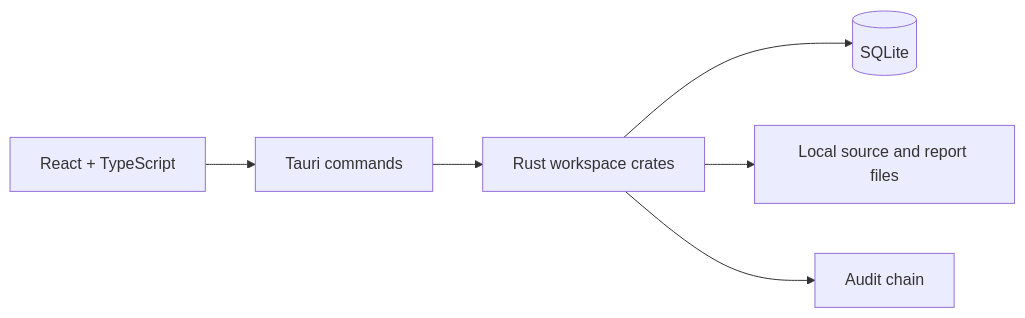
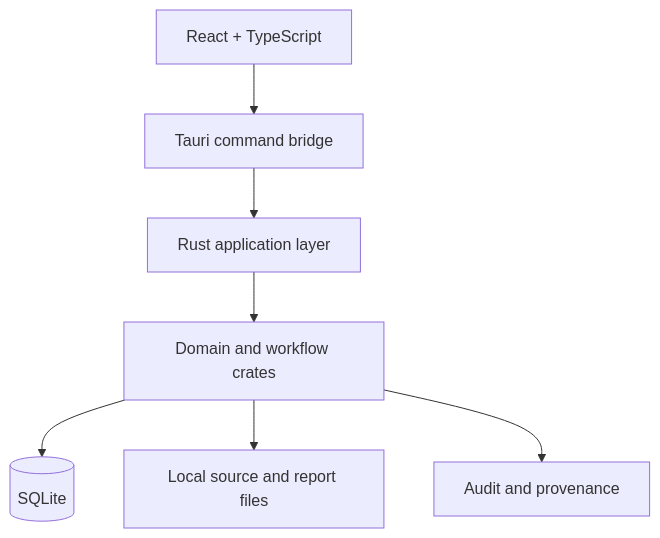
One commit to cyphric01-jpg/KRYVORA changed the third of 3 diagrams in README.md. Above: the diagram before and after it, drawn with Mermaid. The commit also changed other lines of this file and 18 other files, not shown here.

````diff
--- a/README.md
+++ b/README.md
@@ -47,8 +121,9 @@
 ```mermaid
-flowchart LR
-    UI[React + TypeScript] --> T[Tauri commands]
-    T --> R[Rust workspace crates]
-    R --> DB[(SQLite)]
-    R --> FS[Local source and report files]
-    R --> A[Audit chain]
+flowchart TD
+    UI[React + TypeScript] --> T[Tauri command bridge]
+    T --> R[Rust application layer]
+    R --> D[Domain and workflow crates]
+    D --> DB[(SQLite)]
+    D --> FS[Local source and report files]
+    D --> A[Audit and provenance]
 ```
````
